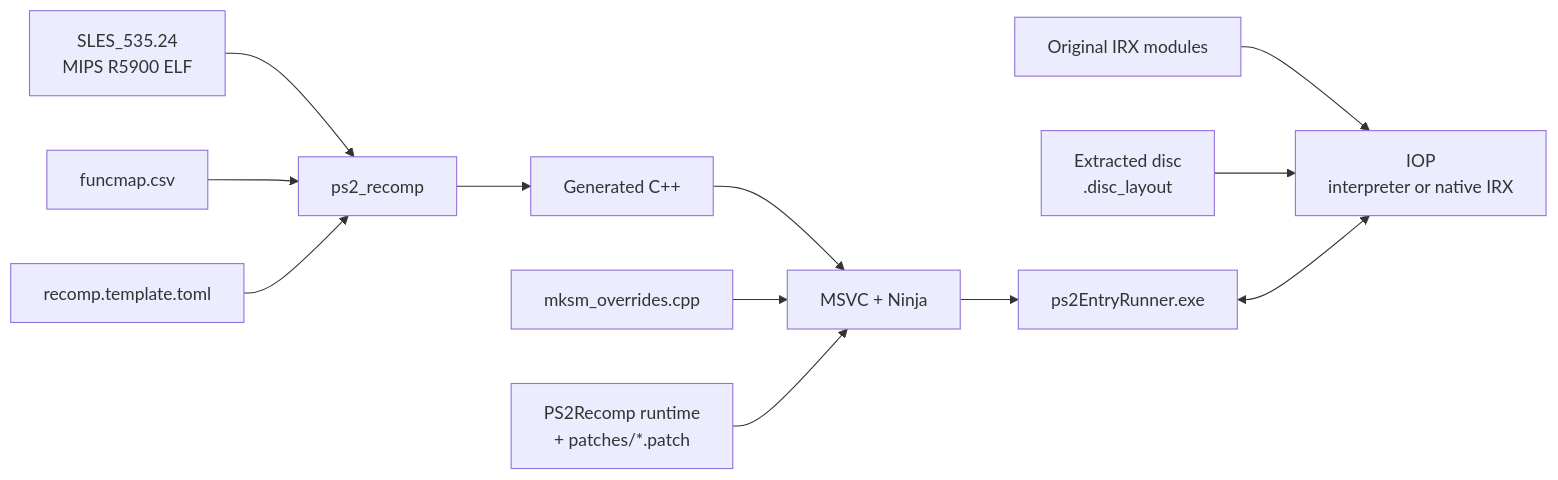
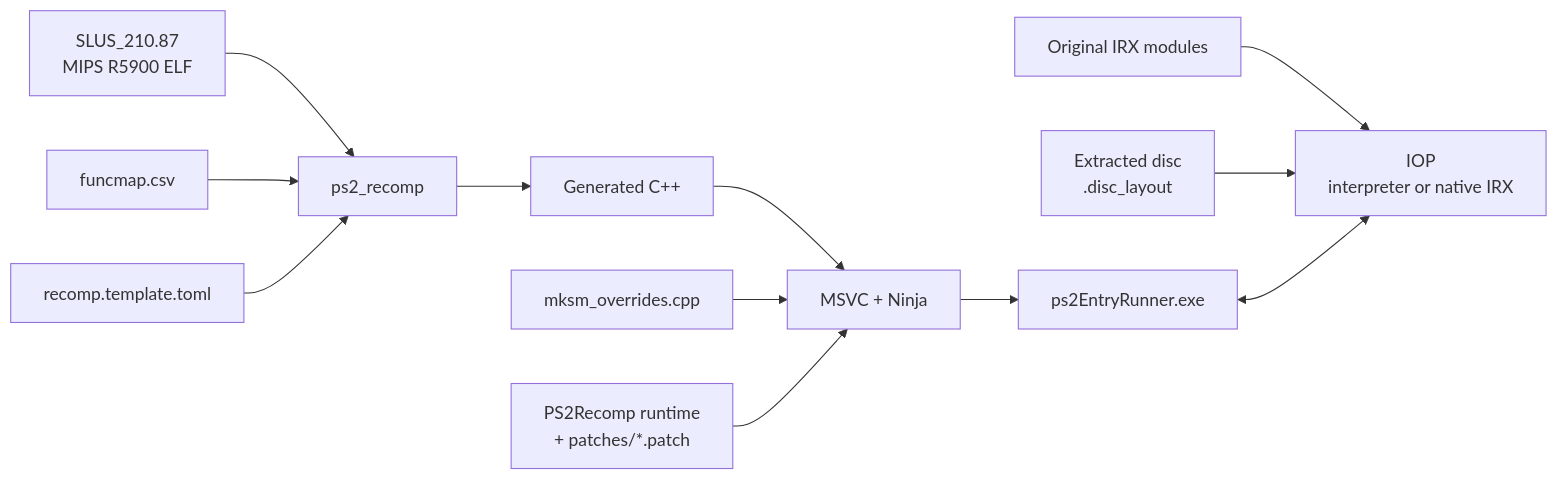
Before and after one commit to joaodvalexandre/mksm-ps2-recomp: the diagram in README.md, drawn with Mermaid. The commit also changed other lines of this file and 21 other files, not shown here.

````diff
--- a/README.md
+++ b/README.md
@@ -197,14 +201,14 @@
 ```mermaid
 flowchart LR
-    A[SLES_535.24<br/>MIPS R5900 ELF] --> B[ps2_recomp]
+    A[SLUS_210.87<br/>MIPS R5900 ELF] --> B[ps2_recomp]
     M[funcmap.csv] --> B
     C[recomp.template.toml] --> B
     B --> D[Generated C++]
     D --> E[MSVC + Ninja]
     O[mksm_overrides.cpp] --> E
     P["PS2Recomp runtime<br/>+ patches/*.patch"] --> E
     E --> F[ps2EntryRunner.exe]
     I[Original IRX modules] --> G[IOP<br/>interpreter or native IRX]
     ISO["Extracted disc<br/>.disc_layout"] --> G
     F <--> G
 ```
````
